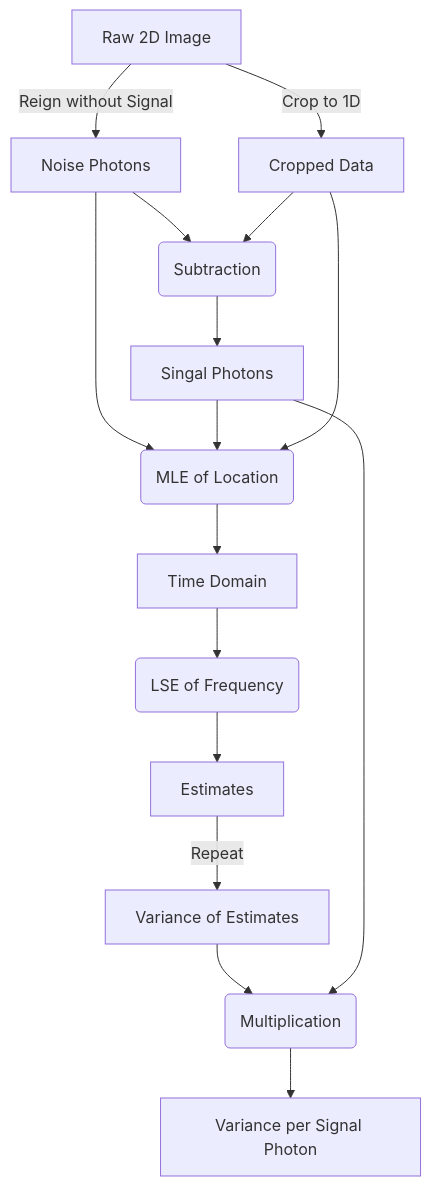
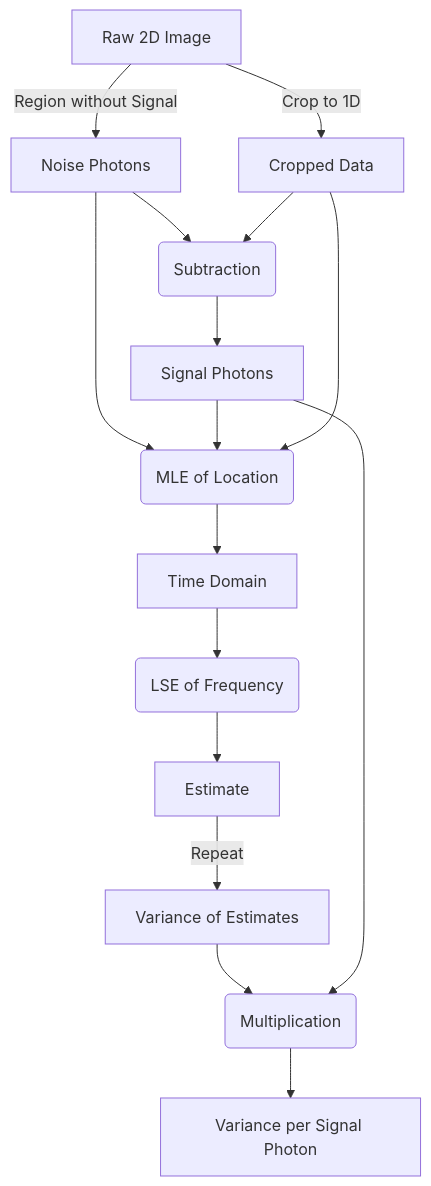
The diagram in README.md (quantum-metrology-lab/frequency-estimation), drawn with Mermaid before and after one commit. The commit also changed other lines of this file, not shown here.

````diff
--- a/README.md
+++ b/README.md
@@ -23,25 +23,25 @@
 ```mermaid
 graph TD
   R[Raw 2D Image] -->|Crop to 1D| C[Cropped Data]
-  R -->|Reign without Signal| Np[Noise Photons]
+  R -->|Region without Signal| Np[Noise Photons]
   
   Np --> Sb(Subtraction)
   C --> Sb
-  Sb --> Sp[Singal Photons]
+  Sb --> Sp[Signal Photons]
 
   Np --> Ml(MLE of Location)
   Sp --> Ml
   C --> Ml
 
   Ml --> Td[Time Domain]
   Td --> Mf(LSE of Frequency)
-  Mf --> E[Estimates]
+  Mf --> E[Estimate]
   
   E -->|Repeat| V[Variance of Estimates]
   V --> Cp(Multiplication)
   Sp --> Cp
   
   Cp --> Final[Variance per Signal Photon]
 
 
 ```
````
